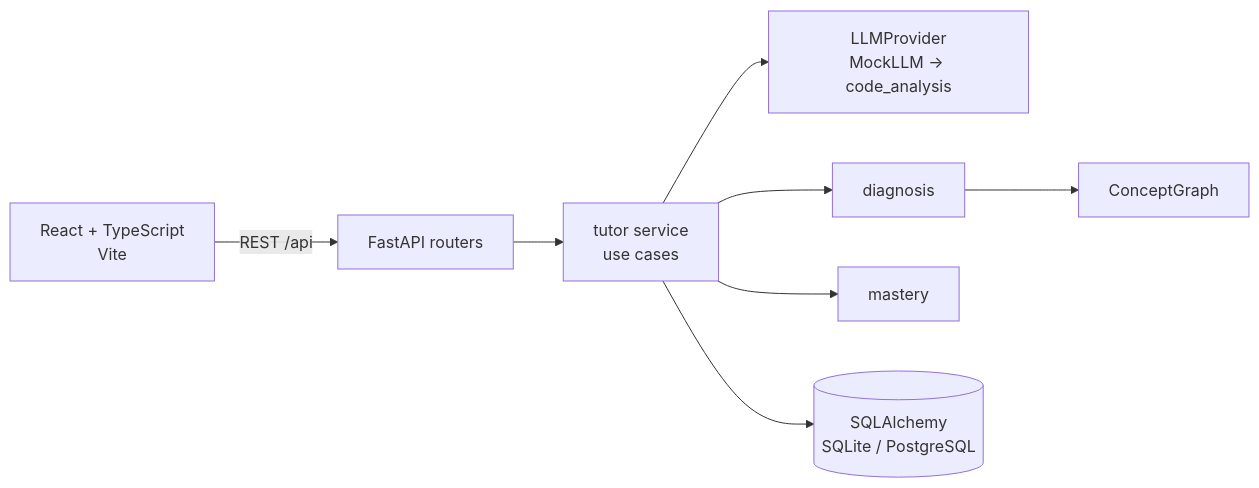
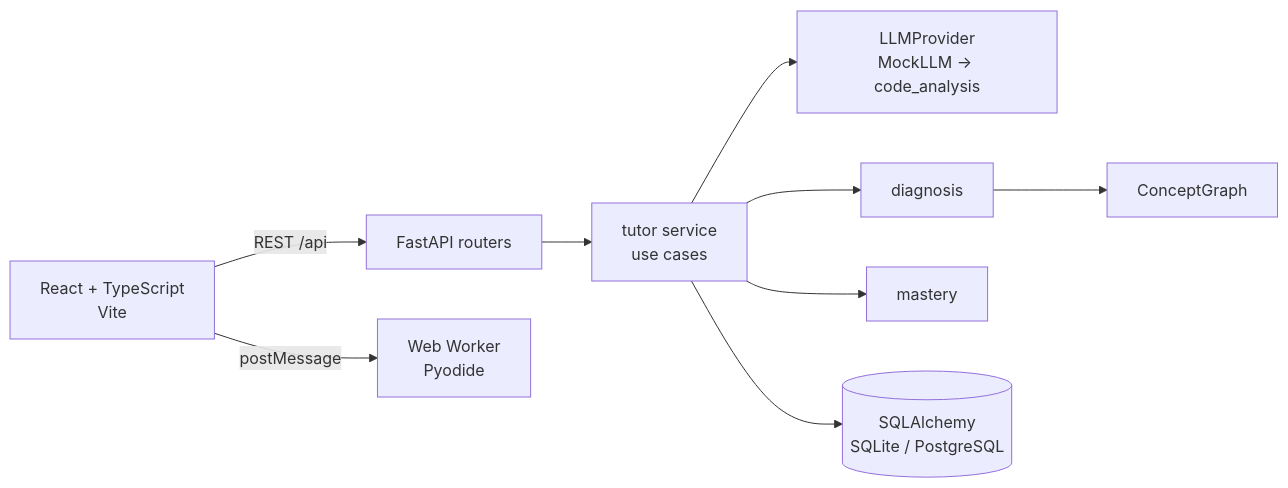
One commit to burkibuz-ui/mindlattice changed the diagram in README.md. Above: the diagram before and after it, drawn with Mermaid. The commit also changed other lines of this file and 11 other files, not shown here.

````diff
--- a/README.md
+++ b/README.md
@@ -36,10 +40,11 @@
 ```mermaid
 flowchart LR
   UI[React + TypeScript<br/>Vite] -->|REST /api| API[FastAPI routers]
+  UI -->|postMessage| W[Web Worker<br/>Pyodide]
   API --> T[tutor service<br/>use cases]
   T --> LLM[LLMProvider<br/>MockLLM → code_analysis]
   T --> D[diagnosis]
   T --> M[mastery]
   D --> G[ConceptGraph]
   T --> DB[(SQLAlchemy<br/>SQLite / PostgreSQL)]
 ```
````
